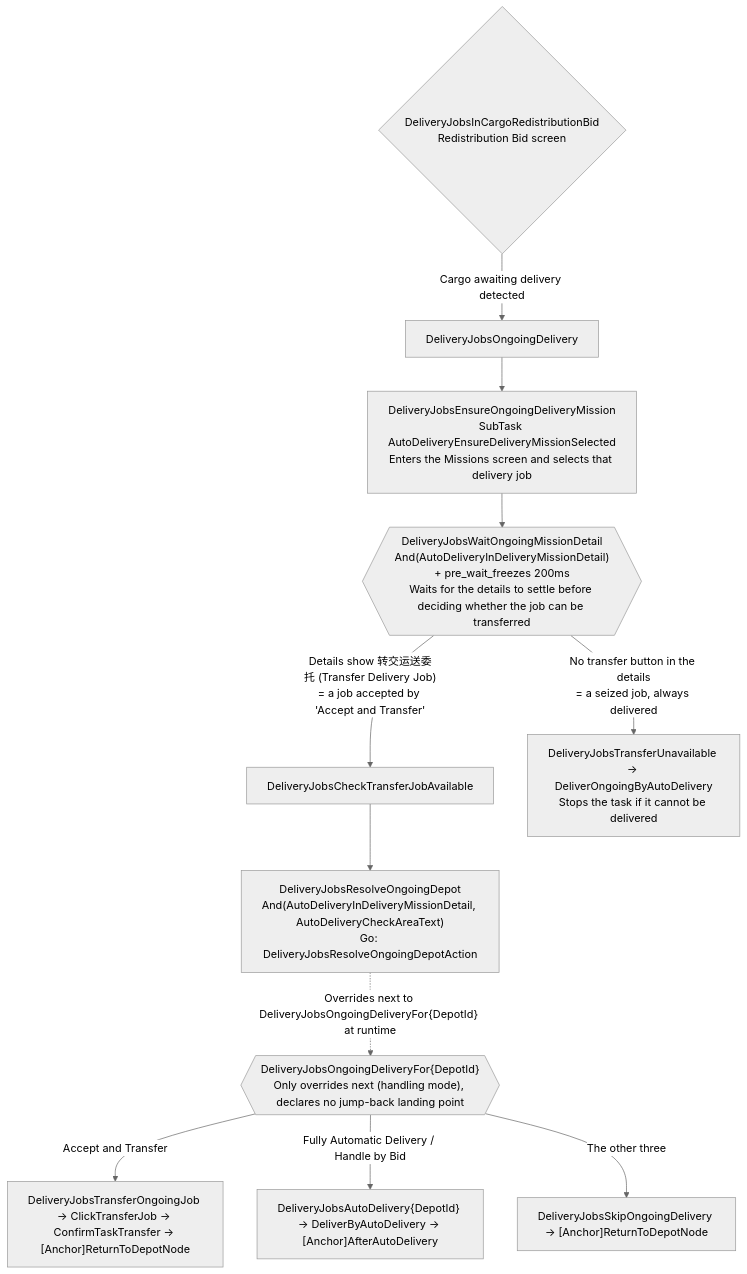
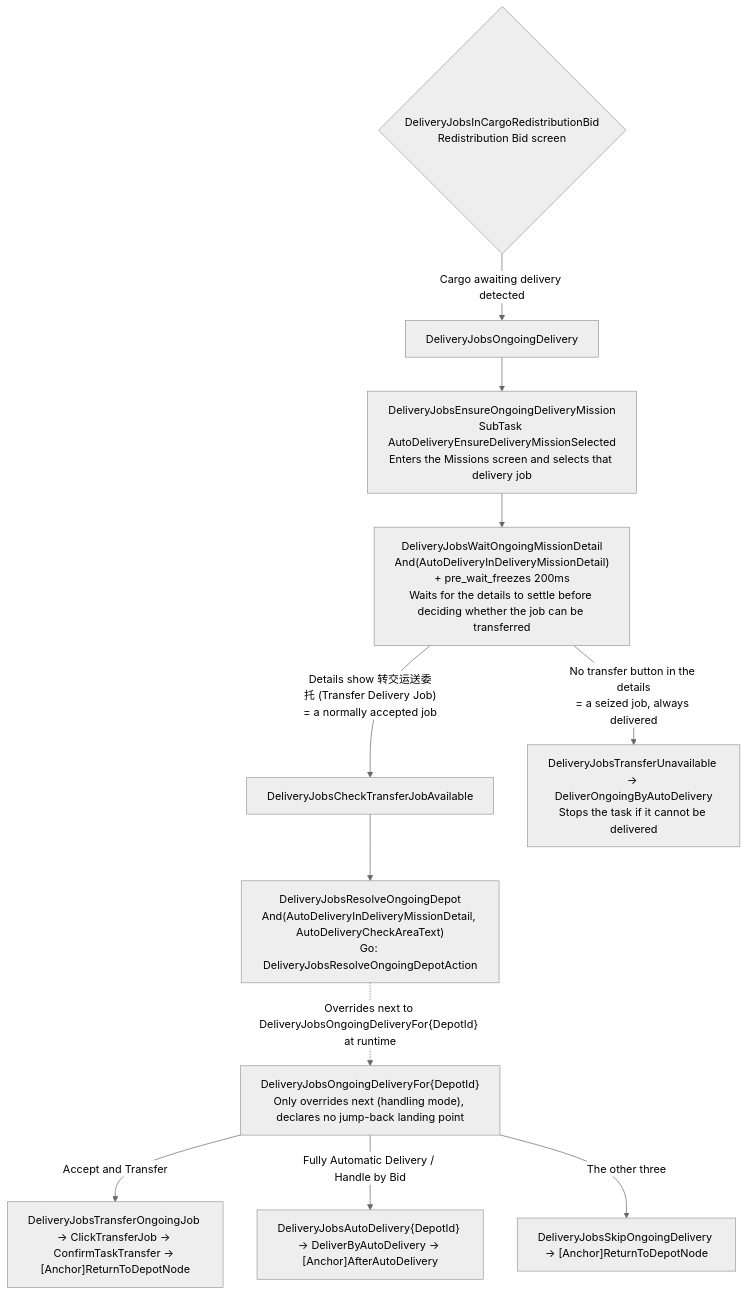
The fourth of 6 diagrams in docs/en_us/developers/tasks/delivery-jobs-maintain.md (MaaEnd/MaaEnd), drawn with Mermaid (neutral theme) before and after one commit. The commit also changed other lines of this file and 62 other files, not shown here.

````diff
--- a/docs/en_us/developers/tasks/delivery-jobs-maintain.md
+++ b/docs/en_us/developers/tasks/delivery-jobs-maintain.md
@@ -146,13 +146,13 @@
 ```mermaid
 flowchart TD
     Bid{"DeliveryJobsInCargoRedistributionBid\nRedistribution Bid screen"} -->|Cargo awaiting delivery detected| Ong["DeliveryJobsOngoingDelivery"]
     Ong --> Ensure["DeliveryJobsEnsureOngoingDeliveryMission\nSubTask AutoDeliveryEnsureDeliveryMissionSelected\nEnters the Missions screen and selects that delivery job"]
-    Ensure --> Wait{{"DeliveryJobsWaitOngoingMissionDetail\nAnd(AutoDeliveryInDeliveryMissionDetail)\n+ pre_wait_freezes 200ms\nWaits for the details to settle before deciding whether the job can be transferred"}}
-    Wait -->|"Details show 转交运送委托 (Transfer Delivery Job)\n= a job accepted by 'Accept and Transfer'"| Chk["DeliveryJobsCheckTransferJobAvailable"]
+    Ensure --> Wait["DeliveryJobsWaitOngoingMissionDetail\nAnd(AutoDeliveryInDeliveryMissionDetail)\n+ pre_wait_freezes 200ms\nWaits for the details to settle before deciding whether the job can be transferred"]
+    Wait -->|"Details show 转交运送委托 (Transfer Delivery Job)\n= a normally accepted job"| Chk["DeliveryJobsCheckTransferJobAvailable"]
     Wait -->|"No transfer button in the details\n= a seized job, always delivered"| Unavail["DeliveryJobsTransferUnavailable → DeliverOngoingByAutoDelivery\nStops the task if it cannot be delivered"]
     Chk --> Resolve["DeliveryJobsResolveOngoingDepot\nAnd(AutoDeliveryInDeliveryMissionDetail, AutoDeliveryCheckAreaText)\nGo: DeliveryJobsResolveOngoingDepotAction"]
-    Resolve -.->|"Overrides next to DeliveryJobsOngoingDeliveryFor{DepotId} at runtime"| For{{"DeliveryJobsOngoingDeliveryFor{DepotId}\nOnly overrides next (handling mode), declares no jump-back landing point"}}
+    Resolve -.->|"Overrides next to DeliveryJobsOngoingDeliveryFor{DepotId} at runtime"| For["DeliveryJobsOngoingDeliveryFor{DepotId}\nOnly overrides next (handling mode), declares no jump-back landing point"]
     For -->|Accept and Transfer| T["DeliveryJobsTransferOngoingJob → ClickTransferJob → ConfirmTaskTransfer → [Anchor]ReturnToDepotNode"]
     For -->|Fully Automatic Delivery / Handle by Bid| A["DeliveryJobsAutoDelivery{DepotId} → DeliverByAutoDelivery → [Anchor]AfterAutoDelivery"]
     For -->|The other three| S["DeliveryJobsSkipOngoingDelivery → [Anchor]ReturnToDepotNode"]
 ```
````
